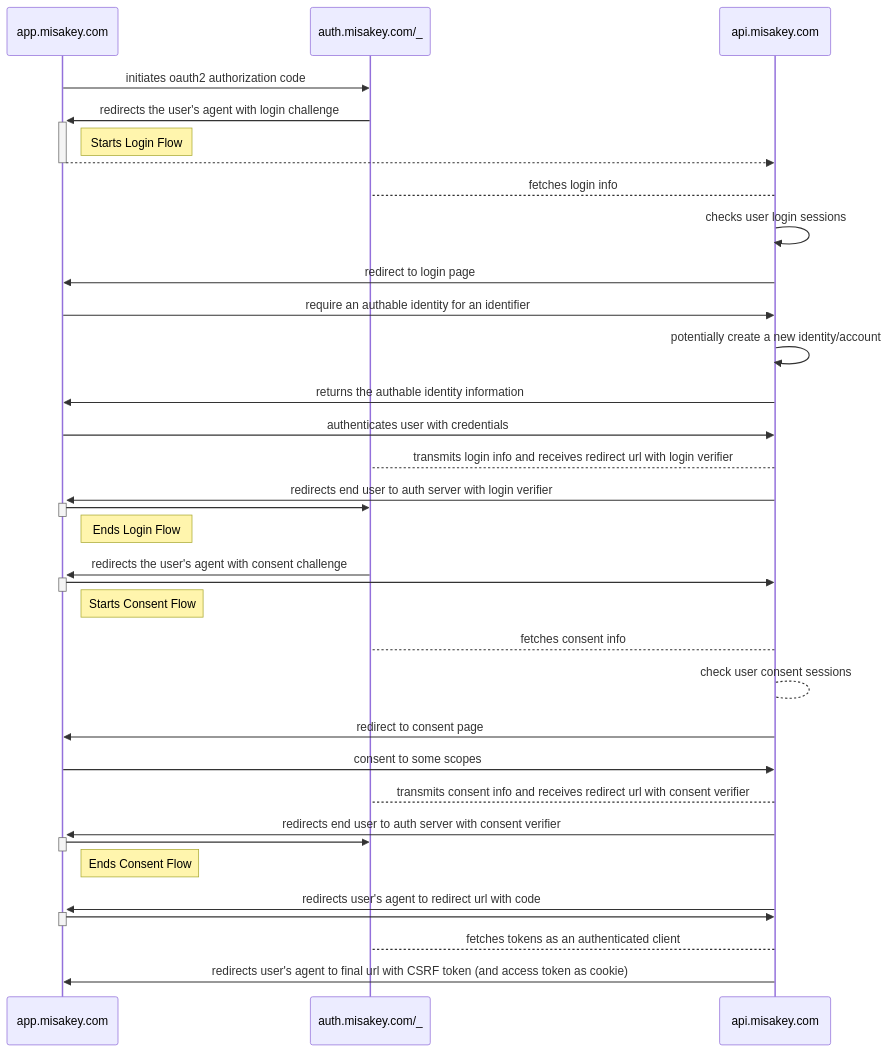
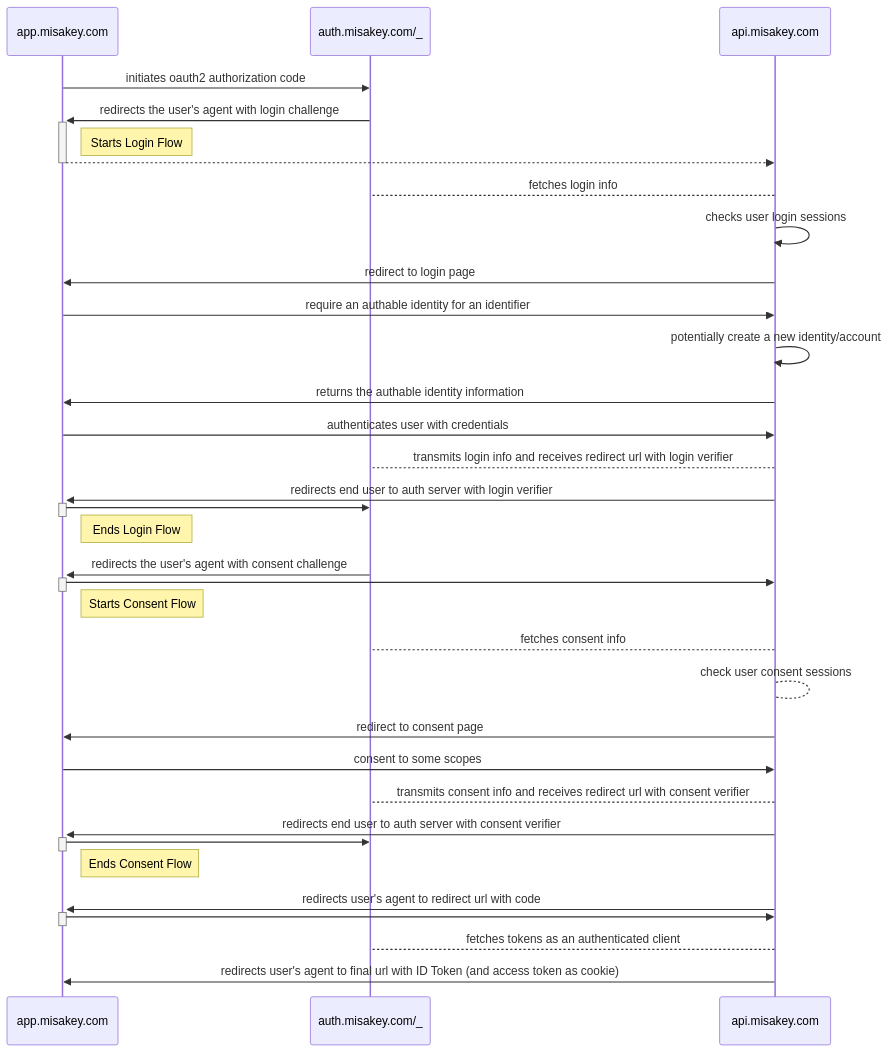
Before and after one commit to misakey/backend: the diagram in docs/content/endpoints/auth_flow.md, drawn with Mermaid. The commit also changed other lines of this file and 10 other files, not shown here.

Commit message:
api: clean up our CSRF token mecanism

```diff
--- a/docs/content/endpoints/auth_flow.md
+++ b/docs/content/endpoints/auth_flow.md
@@ -38,33 +38,33 @@
 {{<mermaid>}}
 sequenceDiagram
     app.misakey.com->>auth.misakey.com/_: initiates oauth2 authorization code
     auth.misakey.com/_->>+app.misakey.com: redirects the user's agent with login challenge
     Note right of app.misakey.com: Starts Login Flow
     app.misakey.com-->>-api.misakey.com: 
     api.misakey.com-->auth.misakey.com/_: fetches login info
     api.misakey.com->>api.misakey.com: checks user login sessions
     api.misakey.com->>app.misakey.com: redirect to login page
     app.misakey.com->>api.misakey.com: require an authable identity for an identifier
     api.misakey.com->>api.misakey.com: potentially create a new identity/account
     api.misakey.com->>app.misakey.com: returns the authable identity information
     app.misakey.com->>api.misakey.com: authenticates user with credentials
     api.misakey.com-->auth.misakey.com/_: transmits login info and receives redirect url with login verifier
     api.misakey.com->>+app.misakey.com: redirects end user to auth server with login verifier
     app.misakey.com->>-auth.misakey.com/_: 
     Note right of app.misakey.com: Ends Login Flow
     auth.misakey.com/_->>+app.misakey.com: redirects the user's agent with consent challenge
     app.misakey.com->>-api.misakey.com: 
     Note right of app.misakey.com: Starts Consent Flow
     api.misakey.com-->auth.misakey.com/_: fetches consent info
     api.misakey.com-->api.misakey.com: check user consent sessions
     api.misakey.com->>app.misakey.com: redirect to consent page
     app.misakey.com->>api.misakey.com: consent to some scopes
     api.misakey.com-->auth.misakey.com/_: transmits consent info and receives redirect url with consent verifier
     api.misakey.com->>+app.misakey.com: redirects end user to auth server with consent verifier
     app.misakey.com->>-auth.misakey.com/_: 
     Note right of app.misakey.com: Ends Consent Flow
     api.misakey.com->>+app.misakey.com: redirects user's agent to redirect url with code
     app.misakey.com->>-api.misakey.com: 
     api.misakey.com-->auth.misakey.com/_: fetches tokens as an authenticated client
-    api.misakey.com->>app.misakey.com: redirects user's agent to final url with CSRF token (and access token as cookie)
+    api.misakey.com->>app.misakey.com: redirects user's agent to final url with ID Token (and access token as cookie)
 {{</mermaid>}}
```
